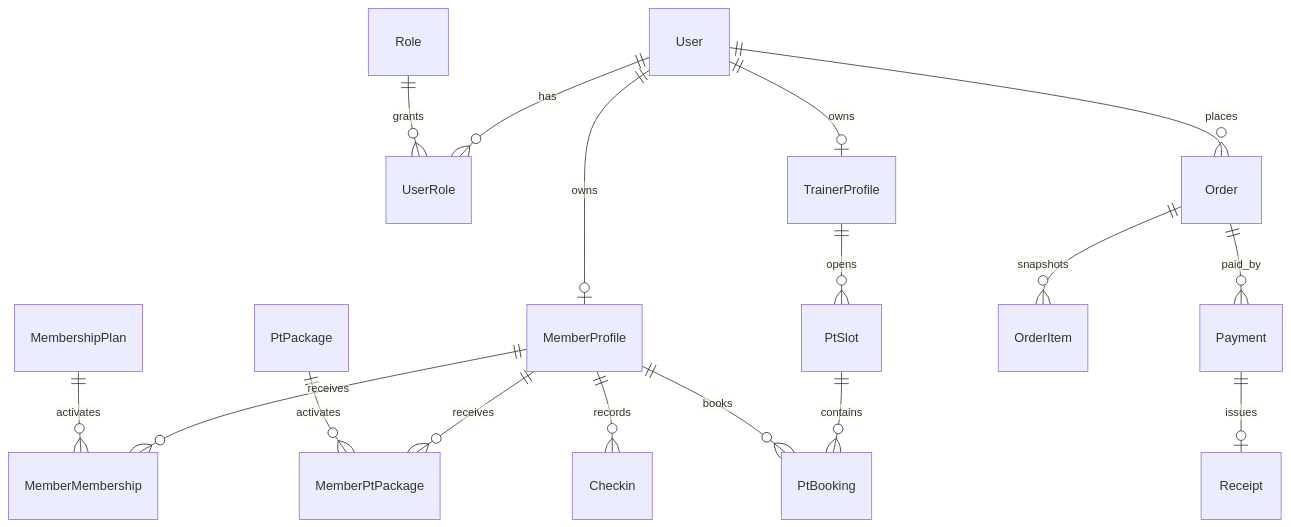
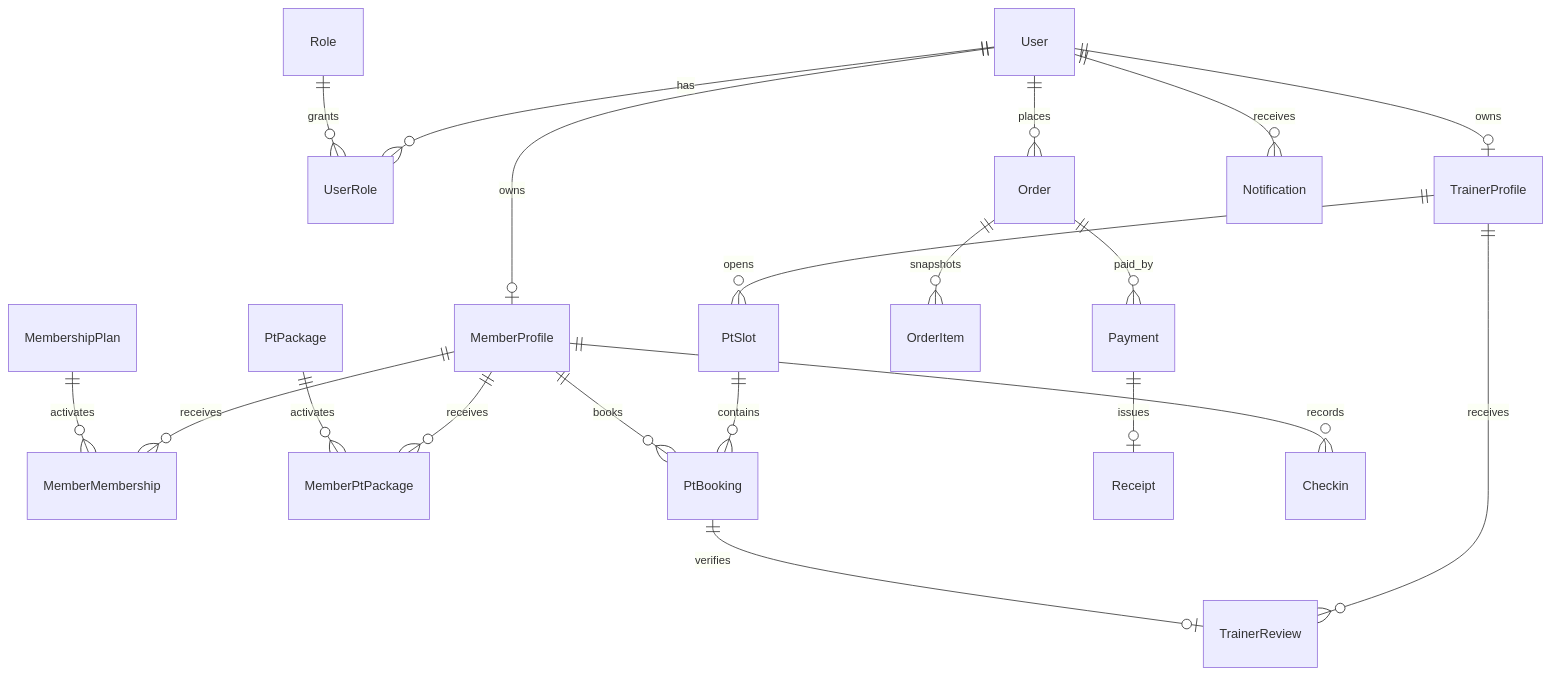
The diagram in docs/05-Database-Design.md (vhoanglong54/CNPM_GYM), drawn with Mermaid before and after one commit. The commit also changed other lines of this file and 7 other files, not shown here.

````diff
--- a/docs/05-Database-Design.md
+++ b/docs/05-Database-Design.md
@@ -28,19 +31,22 @@
 ```mermaid
 erDiagram
   User ||--o{ UserRole : has
   Role ||--o{ UserRole : grants
   User ||--o| MemberProfile : owns
   User ||--o| TrainerProfile : owns
   MemberProfile ||--o{ MemberMembership : receives
   MembershipPlan ||--o{ MemberMembership : activates
   MemberProfile ||--o{ MemberPtPackage : receives
   PtPackage ||--o{ MemberPtPackage : activates
   TrainerProfile ||--o{ PtSlot : opens
   PtSlot ||--o{ PtBooking : contains
   MemberProfile ||--o{ PtBooking : books
+  TrainerProfile ||--o{ TrainerReview : receives
+  PtBooking ||--o| TrainerReview : verifies
   User ||--o{ Order : places
   Order ||--o{ OrderItem : snapshots
   Order ||--o{ Payment : paid_by
   Payment ||--o| Receipt : issues
   MemberProfile ||--o{ Checkin : records
+  User ||--o{ Notification : receives
 ```
````
